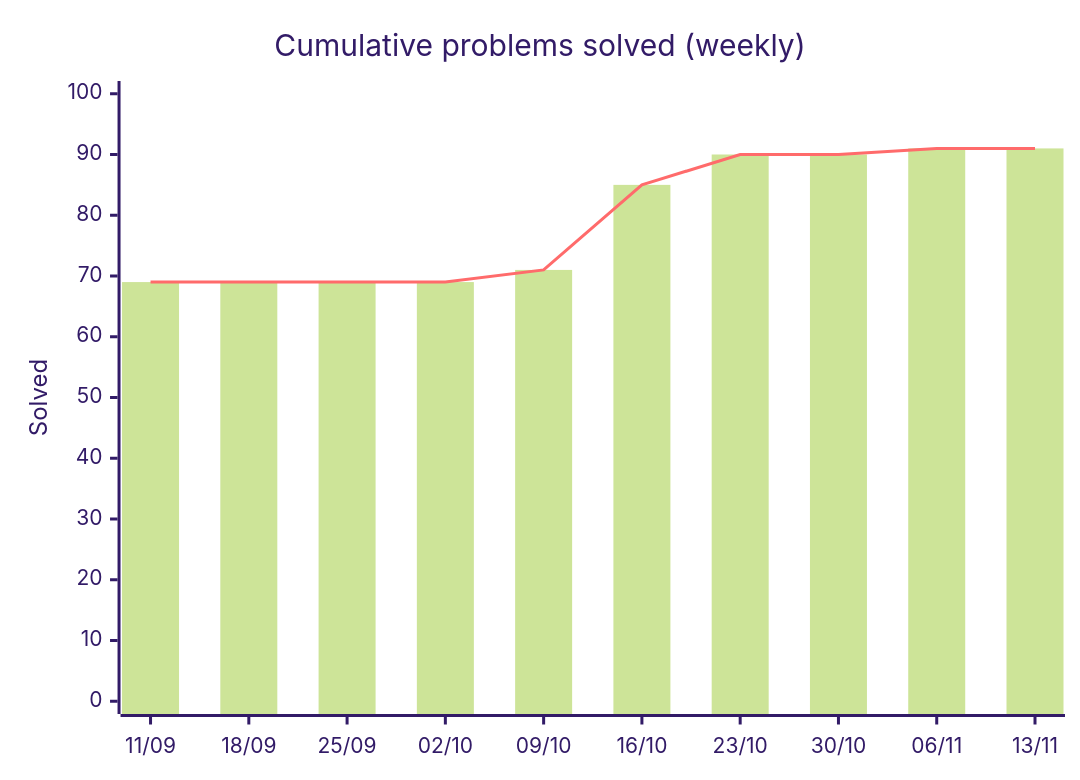
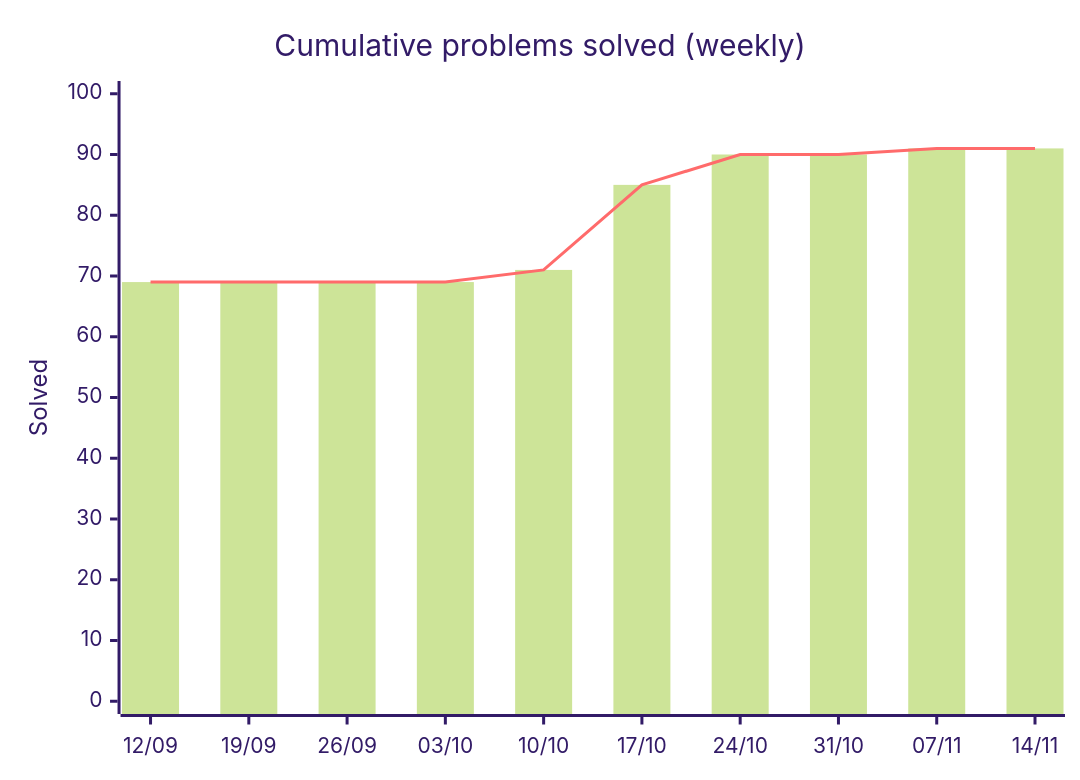
One commit to HarryTrn/TensorTonic-Solutions changed the first of 2 diagrams in README.md. Above: the diagram before and after it, drawn with Mermaid (forest theme). The commit also changed other lines of this file, not shown here.

Commit message:
docs: auto-update README [skip ci]

````diff
--- a/README.md
+++ b/README.md
@@ -65,8 +65,8 @@
 ```mermaid
 xychart-beta
     title "Cumulative problems solved (weekly)"
-    x-axis ["11/09", "18/09", "25/09", "02/10", "09/10", "16/10", "23/10", "30/10", "06/11", "13/11"]
+    x-axis ["12/09", "19/09", "26/09", "03/10", "10/10", "17/10", "24/10", "31/10", "07/11", "14/11"]
     y-axis "Solved" 0 --> 100
     bar [69, 69, 69, 69, 71, 85, 90, 90, 91, 91]
     line [69, 69, 69, 69, 71, 85, 90, 90, 91, 91]
 ```
````
